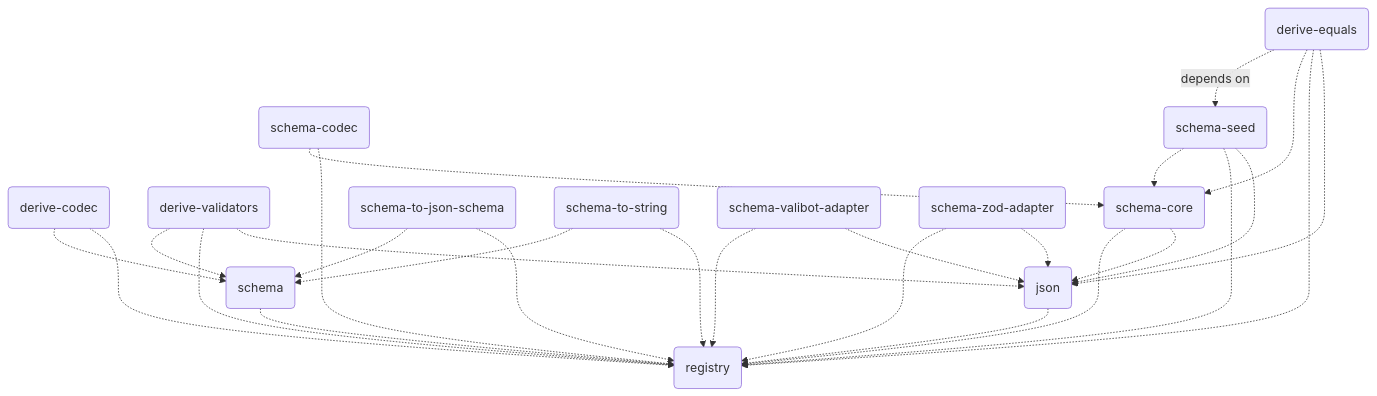
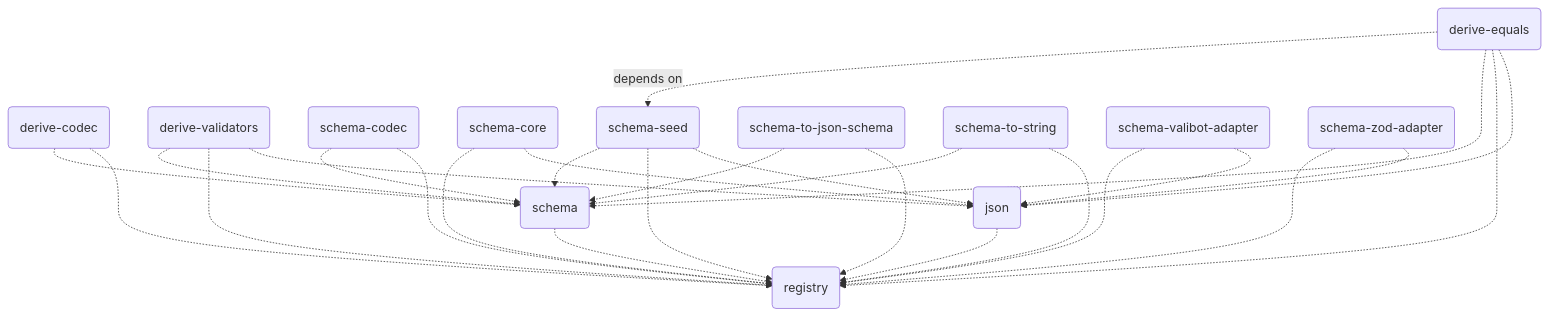
Before and after one commit to traversable/schema: the diagram in README.md, drawn with Mermaid. The commit also changed 37 other files, not shown here.

Commit message:
refactor(all): removes internal dependency on `@traversable/schema-core`

````diff
--- a/README.md
+++ b/README.md
@@ -376,30 +376,30 @@
 ```mermaid
 flowchart TD
     registry(registry)
     json(json) -.-> registry(registry)
     schema(schema) -.-> registry(registry)
     derive-codec(derive-codec) -.-> registry(registry)
     derive-codec(derive-codec) -.-> schema(schema)
     derive-validators(derive-validators) -.-> json(json)
     derive-validators(derive-validators) -.-> registry(registry)
     derive-validators(derive-validators) -.-> schema(schema)
+    schema-codec(schema-codec) -.-> registry(registry)
+    schema-codec(schema-codec) -.-> schema(schema)
     schema-core(schema-core) -.-> json(json)
     schema-core(schema-core) -.-> registry(registry)
+    schema-seed(schema-seed) -.-> json(json)
+    schema-seed(schema-seed) -.-> registry(registry)
+    schema-seed(schema-seed) -.-> schema(schema)
     schema-to-json-schema(schema-to-json-schema) -.-> registry(registry)
     schema-to-json-schema(schema-to-json-schema) -.-> schema(schema)
     schema-to-string(schema-to-string) -.-> registry(registry)
     schema-to-string(schema-to-string) -.-> schema(schema)
     schema-valibot-adapter(schema-valibot-adapter) -.-> json(json)
     schema-valibot-adapter(schema-valibot-adapter) -.-> registry(registry)
     schema-zod-adapter(schema-zod-adapter) -.-> json(json)
     schema-zod-adapter(schema-zod-adapter) -.-> registry(registry)
-    schema-codec(schema-codec) -.-> registry(registry)
-    schema-codec(schema-codec) -.-> schema-core(schema-core)
-    schema-seed(schema-seed) -.-> json(json)
-    schema-seed(schema-seed) -.-> registry(registry)
-    schema-seed(schema-seed) -.-> schema-core(schema-core)
     derive-equals(derive-equals) -.-> json(json)
     derive-equals(derive-equals) -.-> registry(registry)
-    derive-equals(derive-equals) -.-> schema-core(schema-core)
+    derive-equals(derive-equals) -.-> schema(schema)
     derive-equals(derive-equals) -.depends on.-> schema-seed(schema-seed)
 ```
````
